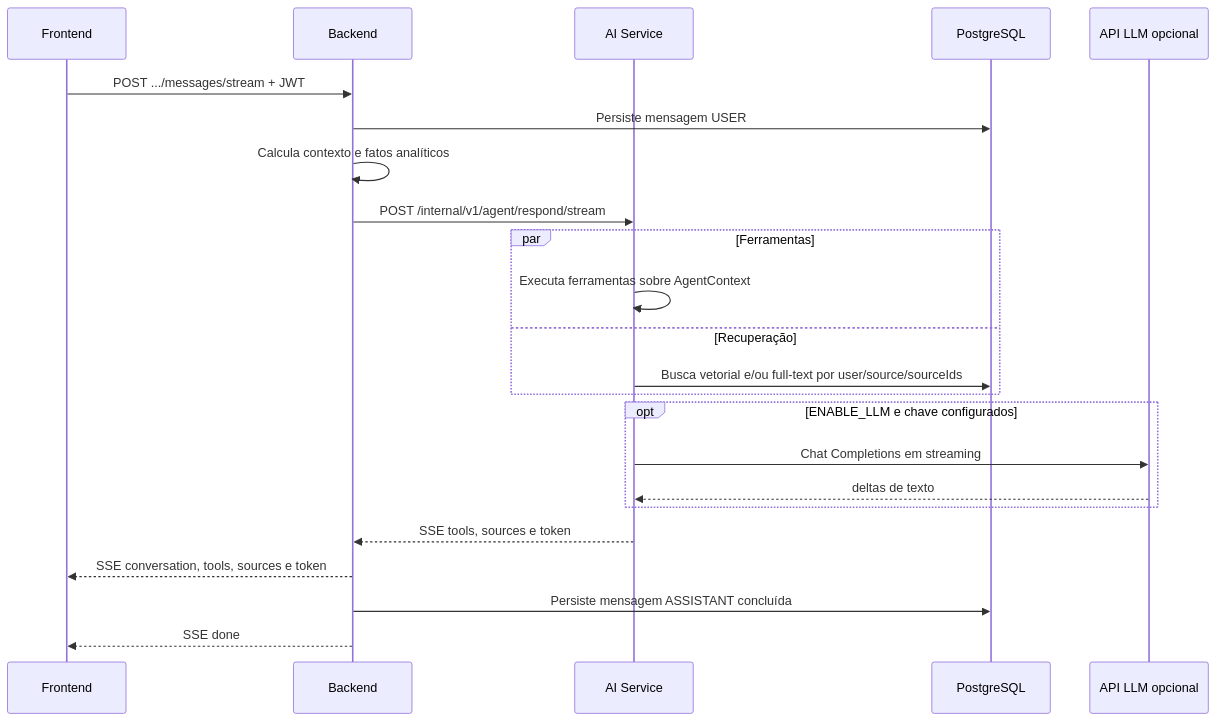
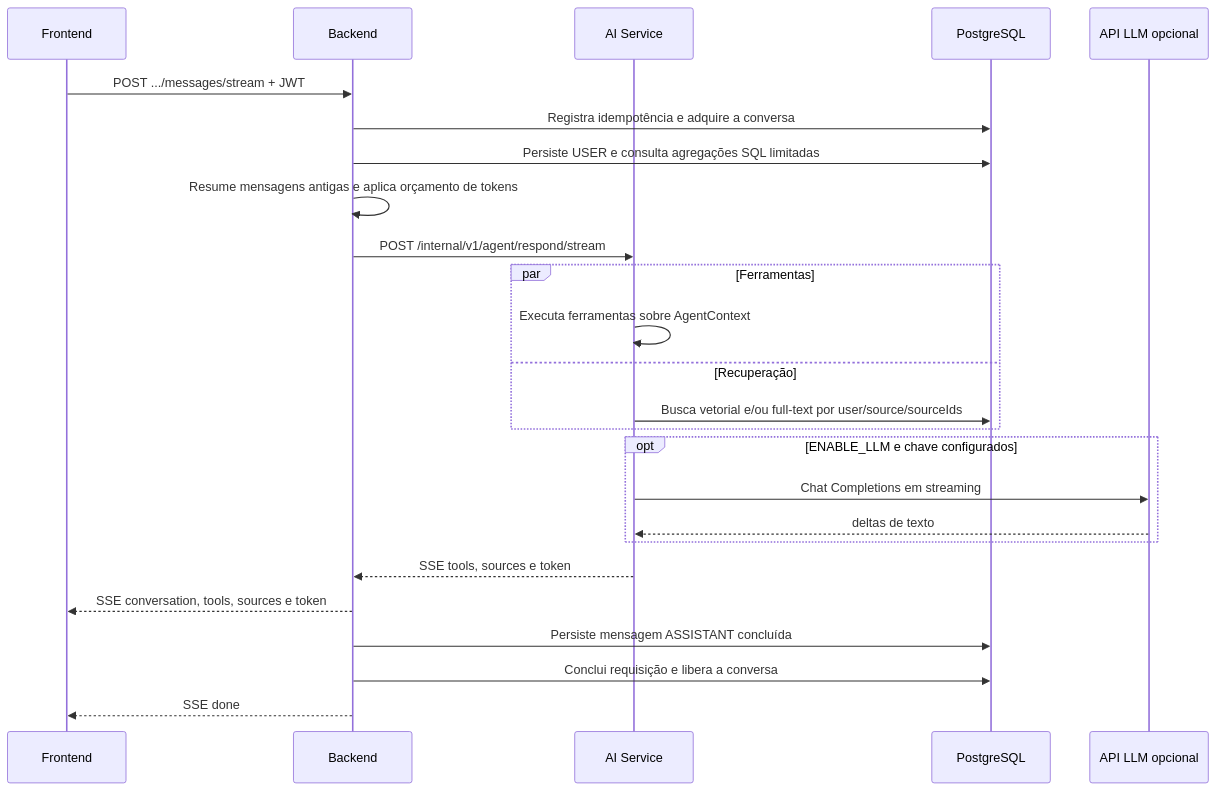
Before and after one commit to No-Country-simulation/G9-BR-Team-17-FinVise: the third of 3 diagrams in docs/architecture.md, drawn with Mermaid. The commit also changed other lines of this file and 37 other files, not shown here.

````diff
--- a/docs/architecture.md
+++ b/docs/architecture.md
@@ -208,26 +208,28 @@
 ```mermaid
 sequenceDiagram
     participant F as Frontend
     participant B as Backend
     participant AI as AI Service
     participant DB as PostgreSQL
     participant L as API LLM opcional
 
     F->>B: POST .../messages/stream + JWT
-    B->>DB: Persiste mensagem USER
-    B->>B: Calcula contexto e fatos analíticos
+    B->>DB: Registra idempotência e adquire a conversa
+    B->>DB: Persiste USER e consulta agregações SQL limitadas
+    B->>B: Resume mensagens antigas e aplica orçamento de tokens
     B->>AI: POST /internal/v1/agent/respond/stream
     par Ferramentas
         AI->>AI: Executa ferramentas sobre AgentContext
     and Recuperação
         AI->>DB: Busca vetorial e/ou full-text por user/source/sourceIds
     end
     opt ENABLE_LLM e chave configurados
         AI->>L: Chat Completions em streaming
         L-->>AI: deltas de texto
     end
     AI-->>B: SSE tools, sources e token
     B-->>F: SSE conversation, tools, sources e token
     B->>DB: Persiste mensagem ASSISTANT concluída
+    B->>DB: Conclui requisição e libera a conversa
     B-->>F: SSE done
 ```
````
